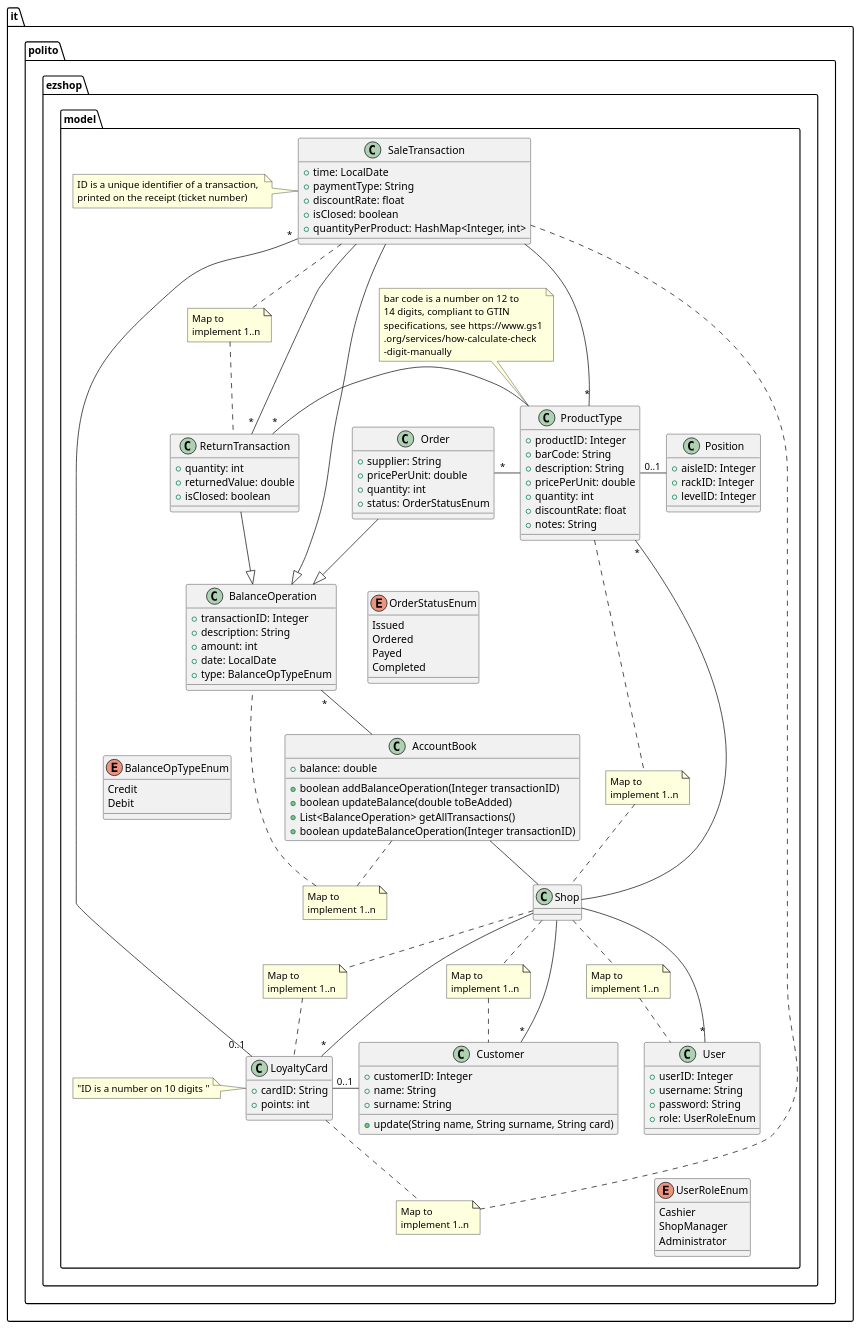
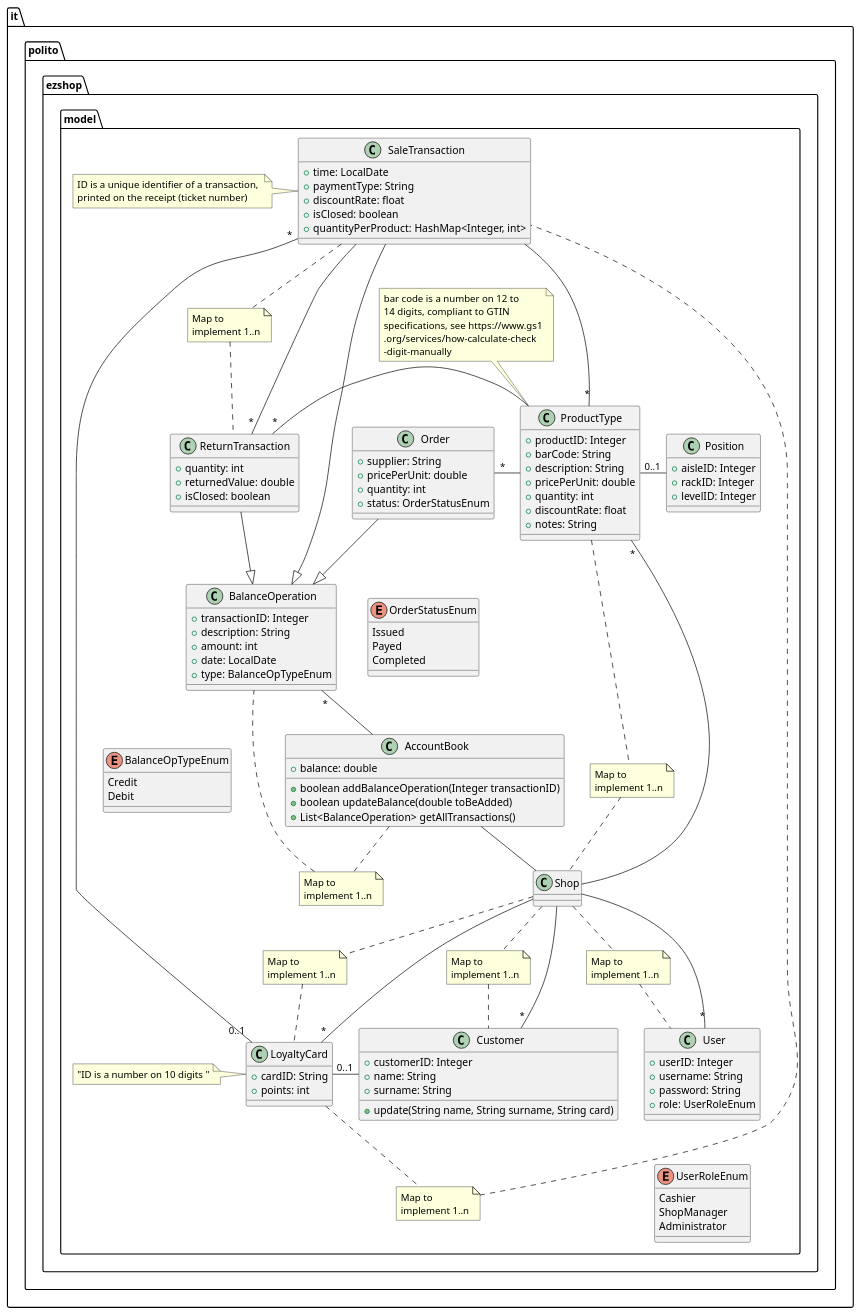
The third of 23 diagrams in Deliverables/DesignDocument.md (Stormz4/group20-EzShop), drawn with PlantUML before and after one commit. The commit also changed other lines of this file, not shown here.

```diff
--- a/Deliverables/DesignDocument.md
+++ b/Deliverables/DesignDocument.md
@@ -188,8 +189,7 @@
  +boolean addBalanceOperation(Integer transactionID)
  +boolean updateBalance(double toBeAdded)
  +List<BalanceOperation> getAllTransactions()
- +boolean updateBalanceOperation(Integer transactionID)
-}
+ }
 AccountBook -down- Shop
 class BalanceOperation {
  +transactionID: Integer
@@ -262,7 +262,6 @@
 
 Enum OrderStatusEnum {
     Issued
-    Ordered
     Payed
     Completed
 }
```
